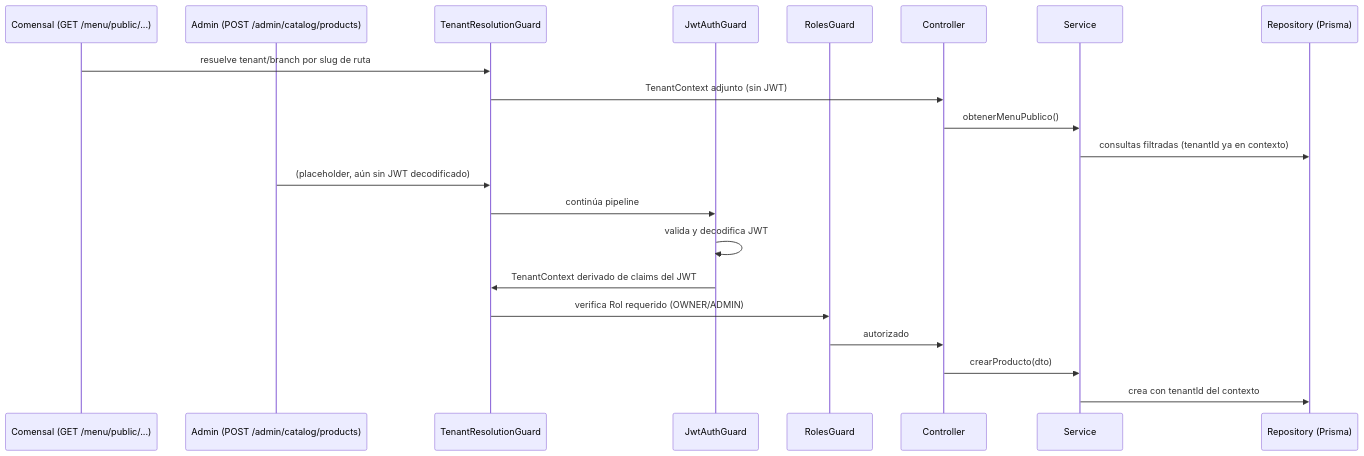
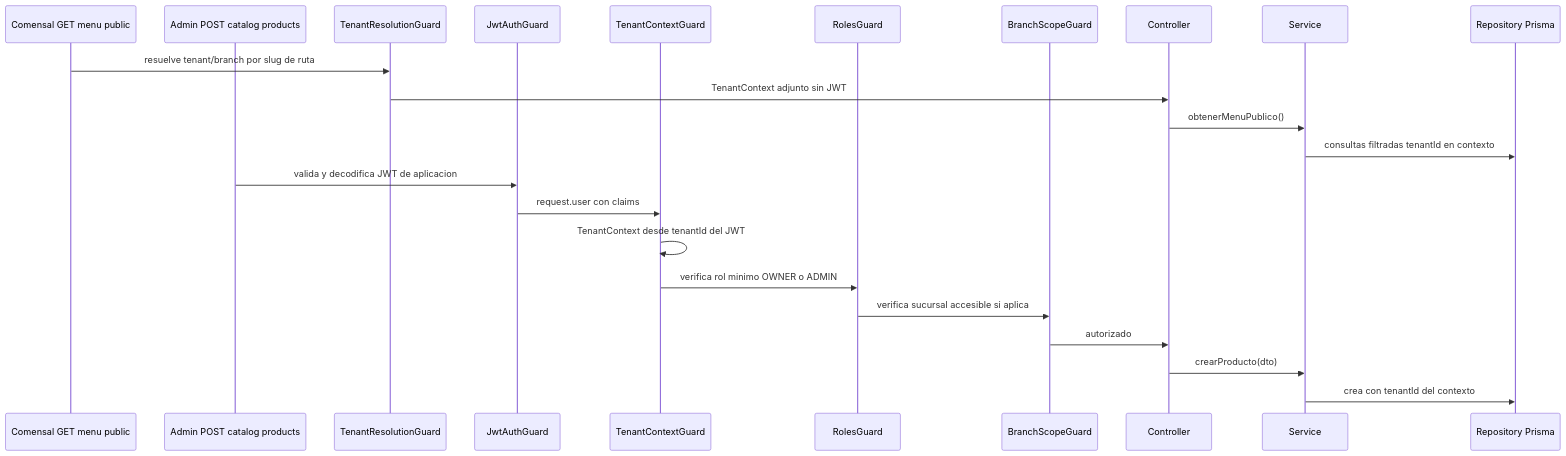
The third of 4 diagrams in docs/backend-architecture.md (GastonGuinazu/ProyectoCarta), drawn with Mermaid before and after one commit. The commit also changed other lines of this file and 284 other files, not shown here.

````diff
--- a/docs/backend-architecture.md
+++ b/docs/backend-architecture.md
@@ -128,25 +146,27 @@
 ```mermaid
 sequenceDiagram
-    participant C1 as Comensal (GET /menu/public/...)
-    participant C2 as Admin (POST /admin/catalog/products)
-    participant TG as TenantResolutionGuard
+    participant C1 as Comensal GET menu public
+    participant C2 as Admin POST catalog products
+    participant TR as TenantResolutionGuard
     participant JG as JwtAuthGuard
+    participant TC as TenantContextGuard
     participant RG as RolesGuard
+    participant BG as BranchScopeGuard
     participant Ctrl as Controller
     participant Svc as Service
-    participant Repo as Repository (Prisma)
+    participant Repo as Repository Prisma
 
-    C1->>TG: resuelve tenant/branch por slug de ruta
-    TG->>Ctrl: TenantContext adjunto (sin JWT)
+    C1->>TR: resuelve tenant/branch por slug de ruta
+    TR->>Ctrl: TenantContext adjunto sin JWT
     Ctrl->>Svc: obtenerMenuPublico()
-    Svc->>Repo: consultas filtradas (tenantId ya en contexto)
+    Svc->>Repo: consultas filtradas tenantId en contexto
 
-    C2->>TG: (placeholder, aún sin JWT decodificado)
-    TG->>JG: continúa pipeline
-    JG->>JG: valida y decodifica JWT
-    JG->>TG: TenantContext derivado de claims del JWT
-    TG->>RG: verifica Rol requerido (OWNER/ADMIN)
-    RG->>Ctrl: autorizado
+    C2->>JG: valida y decodifica JWT de aplicacion
+    JG->>TC: request.user con claims
+    TC->>TC: TenantContext desde tenantId del JWT
+    TC->>RG: verifica rol minimo OWNER o ADMIN
+    RG->>BG: verifica sucursal accesible si aplica
+    BG->>Ctrl: autorizado
     Ctrl->>Svc: crearProducto(dto)
     Svc->>Repo: crea con tenantId del contexto
 ```
````
